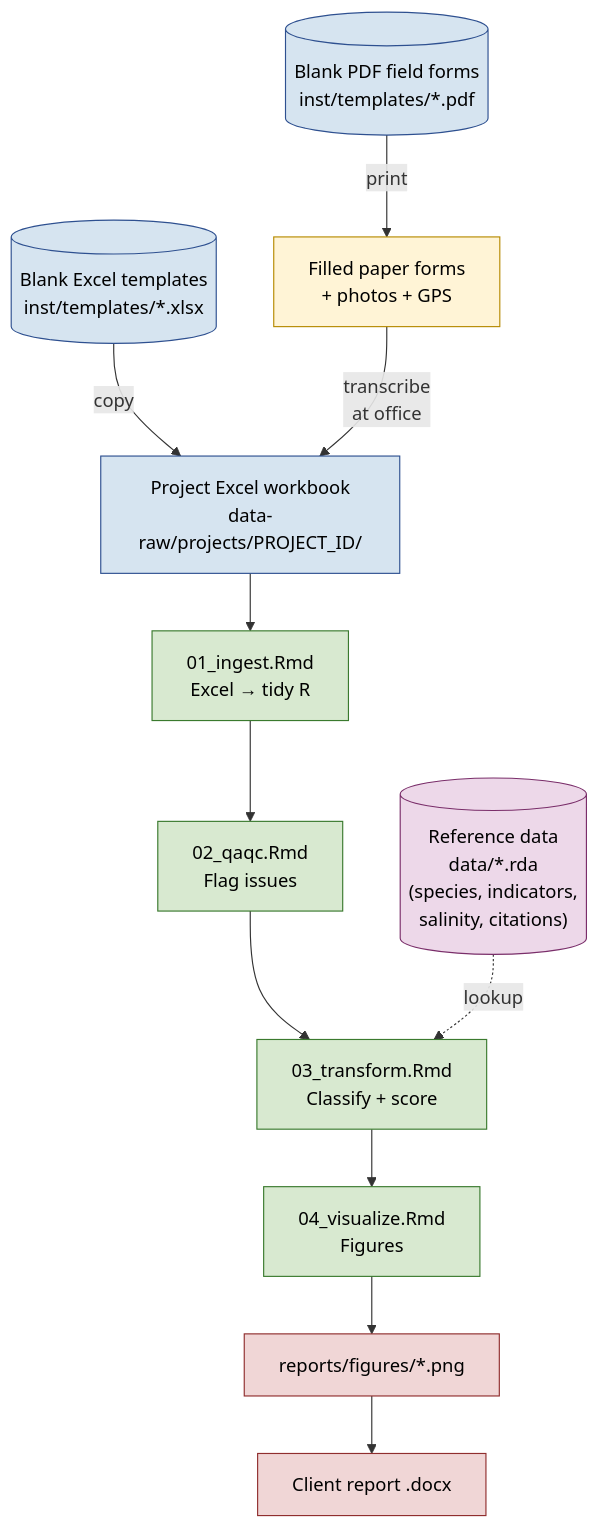
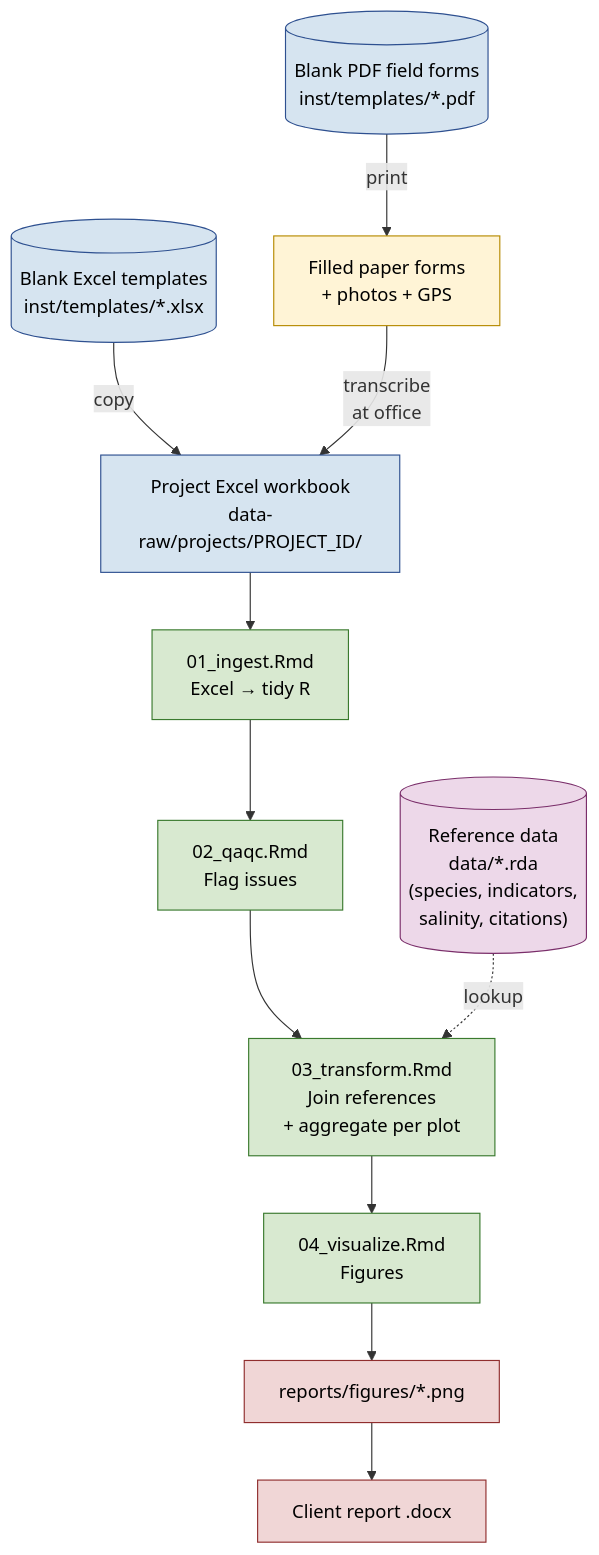
One commit to GreenPlanEdm/wetland-tools changed the first of 2 diagrams in WORKFLOW.md. Above: the diagram before and after it, drawn with Mermaid. The commit also changed other lines of this file, not shown here.

First line of the commit message:
WORKFLOW.md: narrow scope of transform step

````diff
--- a/WORKFLOW.md
+++ b/WORKFLOW.md
@@ -15,31 +15,31 @@
 ```mermaid
 flowchart TD
     classDef field fill:#FFF4D6,stroke:#B68A00,color:#000
     classDef office fill:#D6E4F0,stroke:#2E5090,color:#000
     classDef pipeline fill:#D8E9D0,stroke:#3A7A2E,color:#000
     classDef refs fill:#EDD8E9,stroke:#7A2E6A,color:#000
     classDef output fill:#F0D6D6,stroke:#902E2E,color:#000
 
     PDF[("Blank PDF field forms<br/>inst/templates/*.pdf")]:::office
     FILLED[Filled paper forms<br/>+ photos + GPS]:::field
     XLSX_TPL[("Blank Excel templates<br/>inst/templates/*.xlsx")]:::office
     PROJ_XLSX[Project Excel workbook<br/>data-raw/projects/PROJECT_ID/]:::office
 
     PDF -- print --> FILLED
     XLSX_TPL -- copy --> PROJ_XLSX
     FILLED -- transcribe<br/>at office --> PROJ_XLSX
 
     INGEST[01_ingest.Rmd<br/>Excel → tidy R]:::pipeline
     QAQC[02_qaqc.Rmd<br/>Flag issues]:::pipeline
-    TRANSFORM[03_transform.Rmd<br/>Classify + score]:::pipeline
+    TRANSFORM[03_transform.Rmd<br/>Join references<br/>+ aggregate per plot]:::pipeline
     VIZ[04_visualize.Rmd<br/>Figures]:::pipeline
 
     PROJ_XLSX --> INGEST --> QAQC --> TRANSFORM --> VIZ
 
     REFS[("Reference data<br/>data/*.rda<br/>(species, indicators,<br/>salinity, citations)")]:::refs
     REFS -.lookup.-> TRANSFORM
 
     FIGS[reports/figures/*.png]:::output
     REPORT[Client report .docx]:::output
     VIZ --> FIGS --> REPORT
 ```
````
